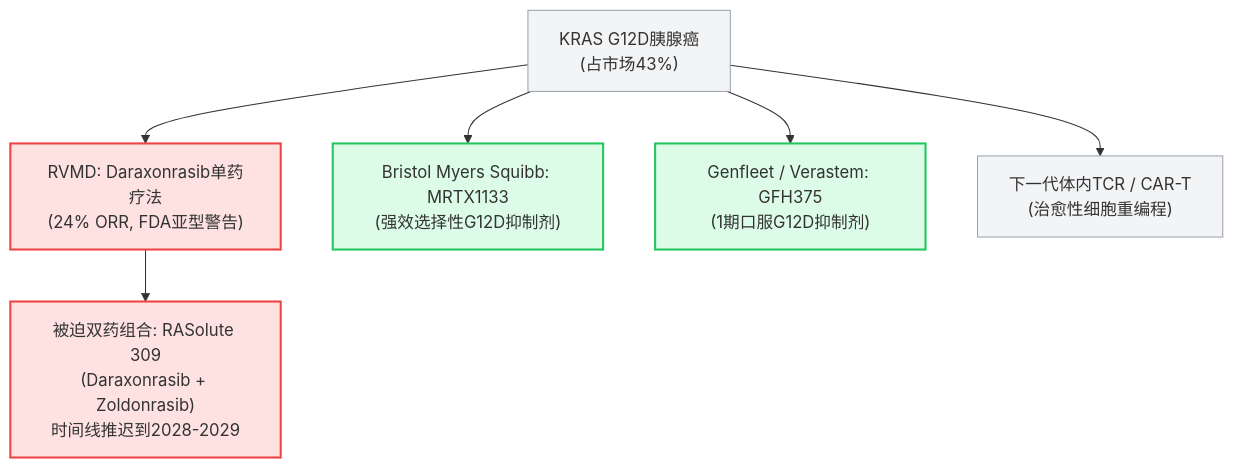
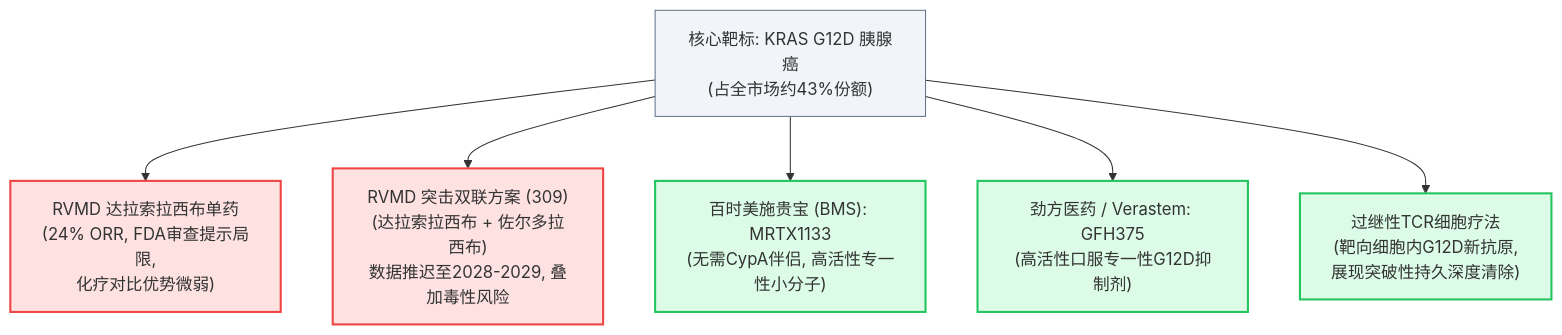
The second of 2 diagrams in apps/market-site/src/content/blog_zh/2026-10-08-revolution-medicines-rvmd-fda-review-g12d-insider-selling-deep-dive.md (duksaramio/myblog-2026), drawn with Mermaid before and after one commit. The commit also changed other lines of this file and 2 other files, not shown here.

Commit message:
refactor(rvmd): upgrade RVMD deep dive to 8-phase Browne & Keeley critical thinking standard across EN, KO, and ZH

````diff
--- a/apps/market-site/src/content/blog_zh/2026-10-08-revolution-medicines-rvmd-fda-review-g12d-insider-selling-deep-dive.md
+++ b/apps/market-site/src/content/blog_zh/2026-10-08-revolution-medicines-rvmd-fda-review-g12d-insider-selling-deep-dive.md
@@ -231,15 +257,15 @@
 ```mermaid
 flowchart TD
-    classDef danger fill:#fee2e2,stroke:#ef4444,stroke-width:2px;
-    classDef neutral fill:#f3f4f6,stroke:#9ca3af,stroke-width:1px;
-    classDef success fill:#dcfce7,stroke:#22c55e,stroke-width:2px;
+    classDef target fill:#f1f5f9,stroke:#64748b,stroke-width:1px;
+    classDef rvmd fill:#fee2e2,stroke:#ef4444,stroke-width:2px;
+    classDef comp fill:#dcfce7,stroke:#22c55e,stroke-width:2px;
 
-    Target["KRAS G12D胰腺癌<br>(占市场43%)"]:::neutral
+    T["核心靶标: KRAS G12D 胰腺癌<br>(占全市场约43%份额)"]:::target
 
-    Target --> RevMed["RVMD: Daraxonrasib单药疗法<br>(24% ORR, FDA亚型警告)"]:::danger
-    Target --> Comp1["Bristol Myers Squibb: MRTX1133<br>(强效选择性G12D抑制剂)"]:::success
-    Target --> Comp2["Genfleet / Verastem: GFH375<br>(1期口服G12D抑制剂)"]:::success
-    Target --> Comp3["下一代体内TCR / CAR-T<br>(治愈性细胞重编程)"]:::neutral
+    T --> RV1["RVMD 达拉索拉西布单药<br>(24% ORR, FDA审查提示局限,<br>化疗对比优势微弱)"]:::rvmd
+    T --> RV2["RVMD 突击双联方案 (309)<br>(达拉索拉西布 + 佐尔多拉西布)<br>数据推迟至2028-2029, 叠加毒性风险"]:::rvmd
 
-    RevMed --> DesperatePivot["被迫双药组合: RASolute 309<br>(Daraxonrasib + Zoldonrasib)<br>时间线推迟到2028-2029"]:::danger
+    T --> C1["百时美施贵宝 (BMS): MRTX1133<br>(无需CypA伴侣, 高活性专一性小分子)"]:::comp
+    T --> C2["劲方医药 / Verastem: GFH375<br>(高活性口服专一性G12D抑制剂)"]:::comp
+    T --> C3["过继性TCR细胞疗法<br>(靶向细胞内G12D新抗原,<br>展现突破性持久深度清除)"]:::comp
 ```
````
